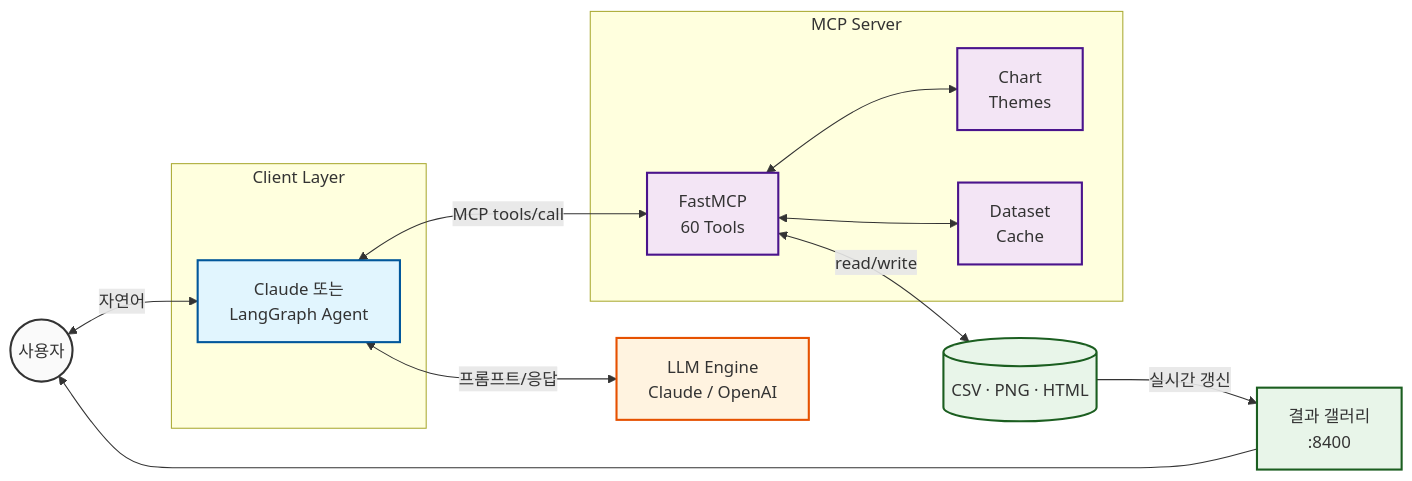
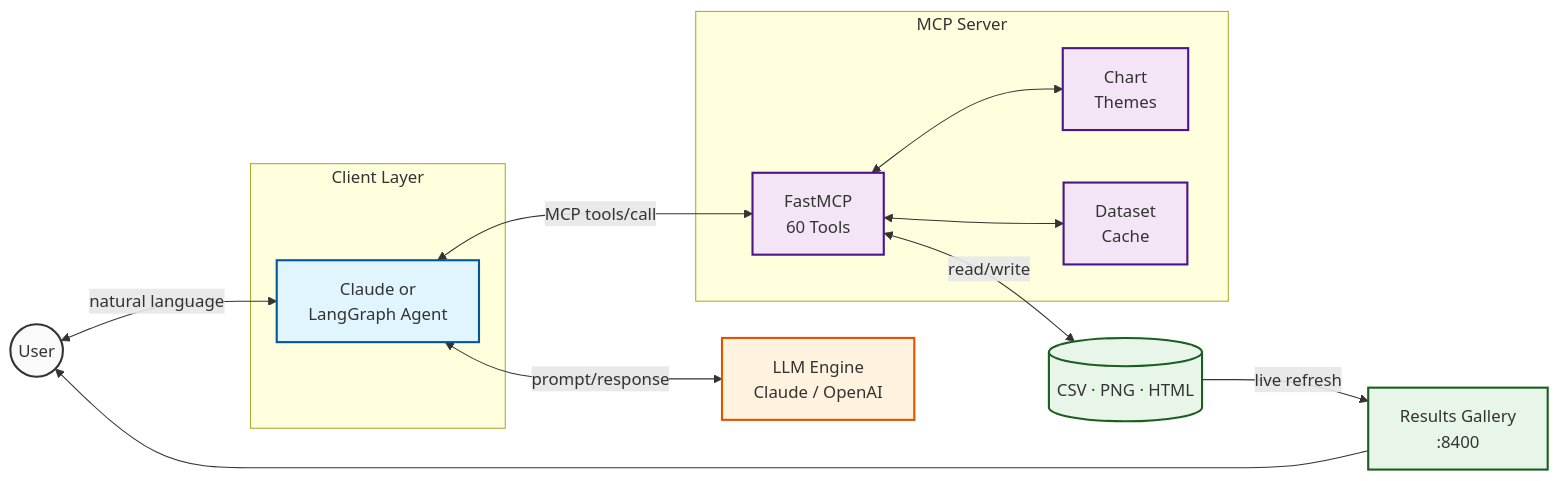
The diagram in README.md (chaeminyoon/Data-Analyze-MCP), drawn with Mermaid before and after one commit. The commit also changed other lines of this file and 1 other file, not shown here.

````diff
--- a/README.md
+++ b/README.md
@@ -426,36 +437,36 @@
 ```mermaid
 graph LR
     classDef blue fill:#e1f5fe,stroke:#01579b,stroke-width:2px
     classDef purple fill:#f3e5f5,stroke:#4a148c,stroke-width:2px
     classDef orange fill:#fff3e0,stroke:#e65100,stroke-width:2px
     classDef green fill:#e8f5e9,stroke:#1b5e20,stroke-width:2px
     classDef gray fill:#fafafa,stroke:#333,stroke-width:2px
 
-    User((사용자))
+    User((User))
     subgraph Client [Client Layer]
-        Agent[Claude 또는<br/>LangGraph Agent]
+        Agent[Claude or<br/>LangGraph Agent]
     end
     LLM[LLM Engine<br/>Claude / OpenAI]
     subgraph MCPLayer [MCP Server]
         Server[FastMCP<br/>60 Tools]
         Theme[Chart<br/>Themes]
         Cache[Dataset<br/>Cache]
     end
     Files[(CSV · PNG · HTML)]
-    Viewer[결과 갤러리<br/>:8400]
+    Viewer[Results Gallery<br/>:8400]
 
-    User <-->|자연어| Agent
-    Agent <-->|프롬프트/응답| LLM
+    User <-->|natural language| Agent
+    Agent <-->|prompt/response| LLM
     Agent <-->|MCP tools/call| Server
     Server <--> Cache
     Server <--> Theme
     Server <-->|read/write| Files
-    Files -->|실시간 갱신| Viewer
+    Files -->|live refresh| Viewer
     Viewer --> User
 
     class User gray
     class Agent blue
     class LLM orange
     class Server,Cache,Theme purple
     class Files,Viewer green
 ```
````
